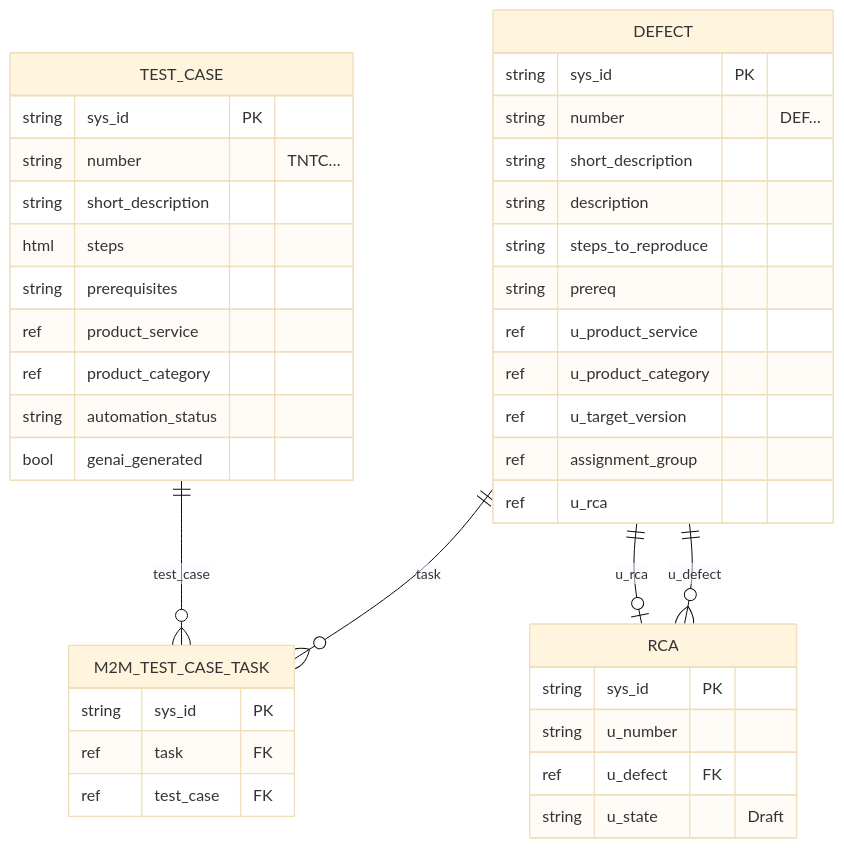
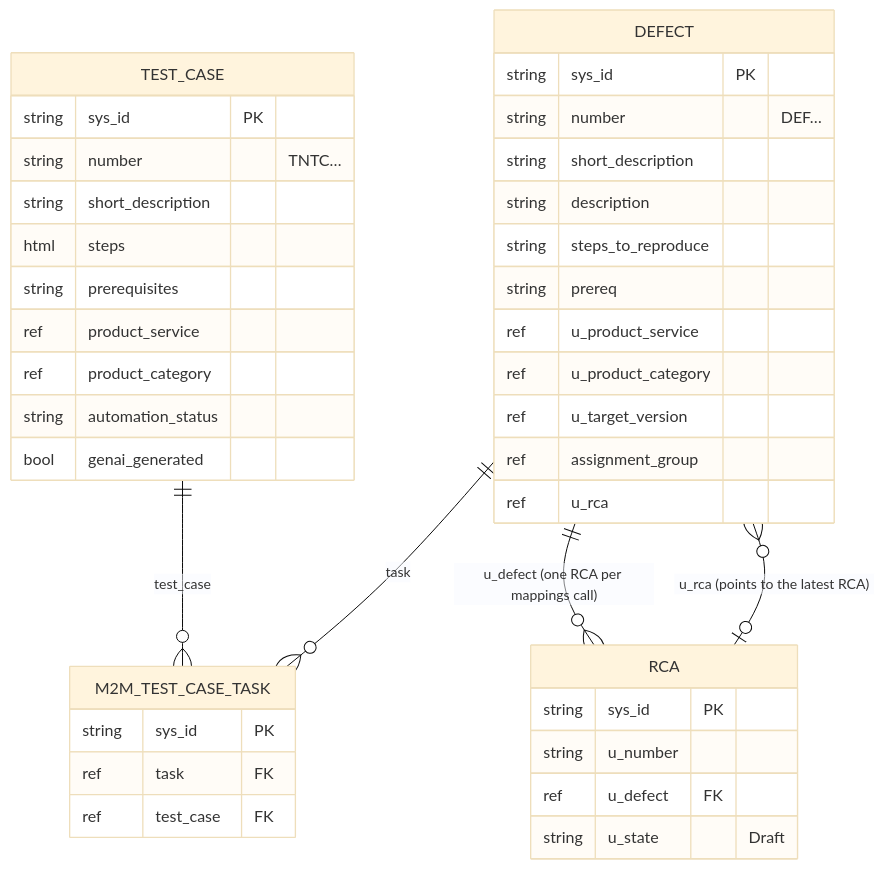
Before and after one commit to harishdk522/defect-rca-rag: the tenth of 11 diagrams in ARCHITECTURE.md, drawn with Mermaid (base theme). The commit also changed other lines of this file, not shown here.

Commit message:
Update architecture documentation metadata and remove security/defects sections

````diff
--- a/ARCHITECTURE.md
+++ b/ARCHITECTURE.md
@@ -554,43 +554,43 @@
 ```mermaid
 erDiagram
     DEFECT ||--o{ M2M_TEST_CASE_TASK : "task"
     TEST_CASE ||--o{ M2M_TEST_CASE_TASK : "test_case"
-    DEFECT ||--o| RCA : "u_rca"
-    RCA }o--|| DEFECT : "u_defect"
+    DEFECT ||--o{ RCA : "u_defect (one RCA per mappings call)"
+    DEFECT }o--o| RCA : "u_rca (points to the latest RCA)"
 
     DEFECT {
         string sys_id PK
         string number "DEF…"
         string short_description
         string description
         string steps_to_reproduce
         string prereq
         ref u_product_service
         ref u_product_category
         ref u_target_version
         ref assignment_group
         ref u_rca
     }
     TEST_CASE {
         string sys_id PK
         string number "TNTC…"
         string short_description
         html steps
         string prerequisites
         ref product_service
         ref product_category
         string automation_status
         bool genai_generated
     }
     M2M_TEST_CASE_TASK {
         string sys_id PK
         ref task FK
         ref test_case FK
     }
     RCA {
         string sys_id PK
         string u_number
         ref u_defect FK
         string u_state "Draft"
     }
 ```
````
